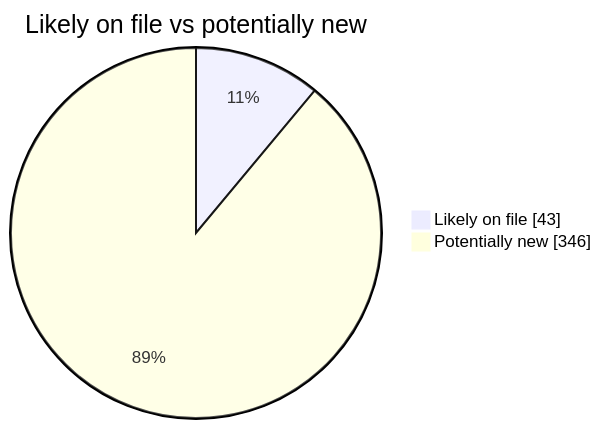
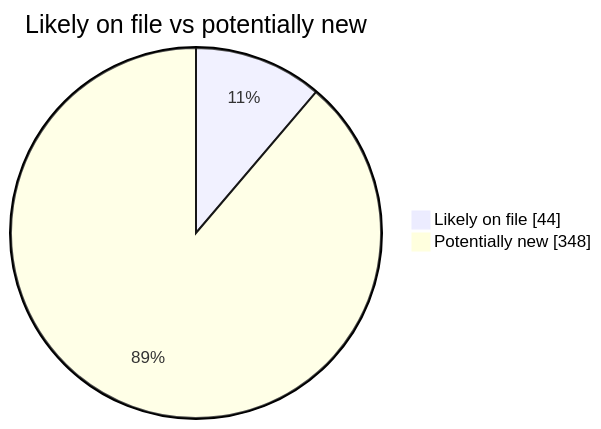
The second of 4 diagrams in README.md (martinbalfanz/social-scanner-reports), drawn with Mermaid before and after one commit. The commit also changed other lines of this file and 7 other files, not shown here.

````diff
--- a/README.md
+++ b/README.md
@@ -40,5 +40,5 @@
 ```mermaid
 pie showData title Likely on file vs potentially new
-    "Likely on file" : 43
-    "Potentially new" : 346
+    "Likely on file" : 44
+    "Potentially new" : 348
 ```
````
